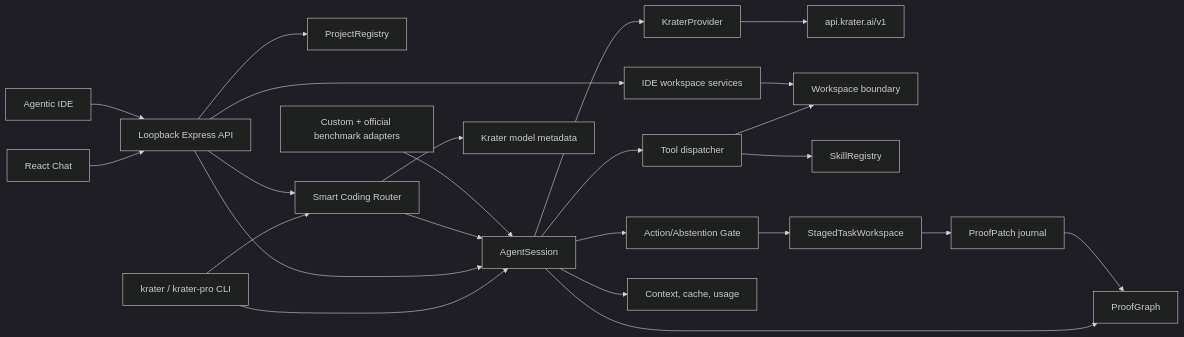
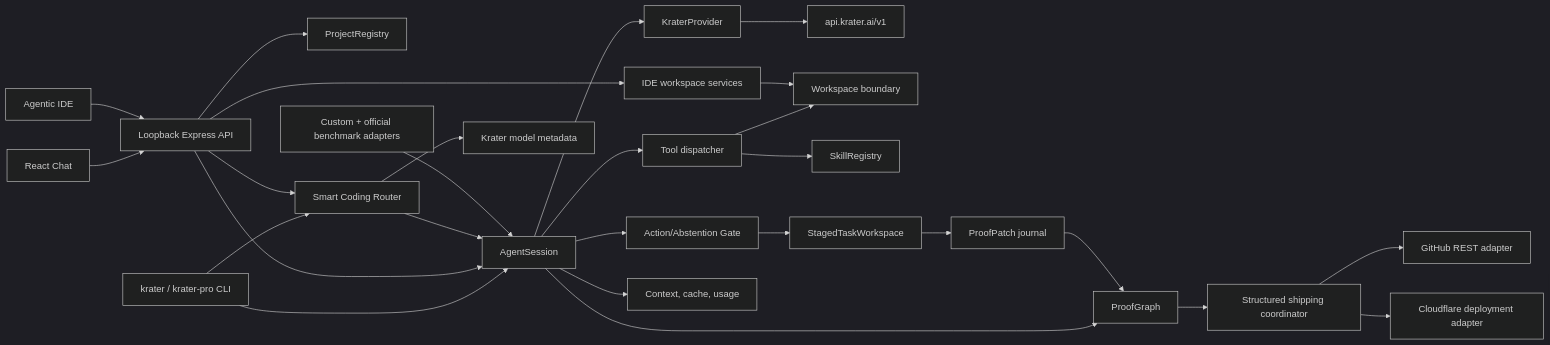
Before and after one commit to SupratimSircar05/krater-pro: the diagram in docs/ARCHITECTURE.md, drawn with Mermaid (dark theme). The commit also changed other lines of this file and 249 other files, not shown here.

````diff
--- a/docs/ARCHITECTURE.md
+++ b/docs/ARCHITECTURE.md
@@ -3,26 +3,29 @@
 ```mermaid
 flowchart LR
     CLI["krater / krater-pro CLI"] --> Agent["AgentSession"]
     Chat["React Chat"] --> API["Loopback Express API"]
     IDE["Agentic IDE"] --> API
     API --> Projects["ProjectRegistry"]
     API --> Agent
     API --> IDEWorkspace["IDE workspace services"]
     CLI --> Router["Smart Coding Router"]
     API --> Router
     Router --> Catalog["Krater model metadata"]
     Router --> Agent
     Agent --> Provider["KraterProvider"]
     Provider --> Krater["api.krater.ai/v1"]
     Agent --> Tools["Tool dispatcher"]
     Tools --> Workspace["Workspace boundary"]
     Tools --> Skills["SkillRegistry"]
     Agent --> Gate["Action/Abstention Gate"]
     Gate --> Stage["StagedTaskWorkspace"]
     Stage --> Patch["ProofPatch journal"]
     Agent --> Proof["ProofGraph"]
     Patch --> Proof
+    Proof --> Ship["Structured shipping coordinator"]
+    Ship --> GitHub["GitHub REST adapter"]
+    Ship --> Cloudflare["Cloudflare deployment adapter"]
     IDEWorkspace --> Workspace
     Agent --> Efficiency["Context, cache, usage"]
     Bench["Custom + official benchmark adapters"] --> Agent
 ```
````
